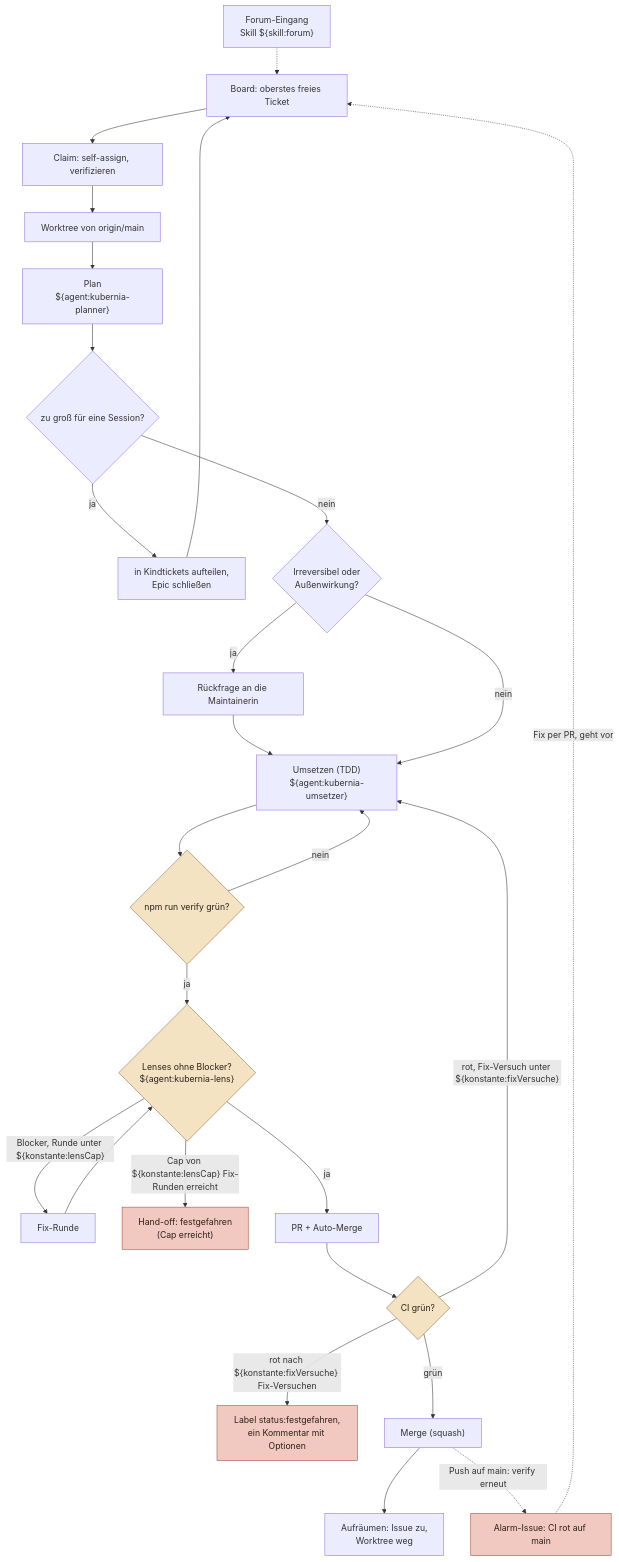
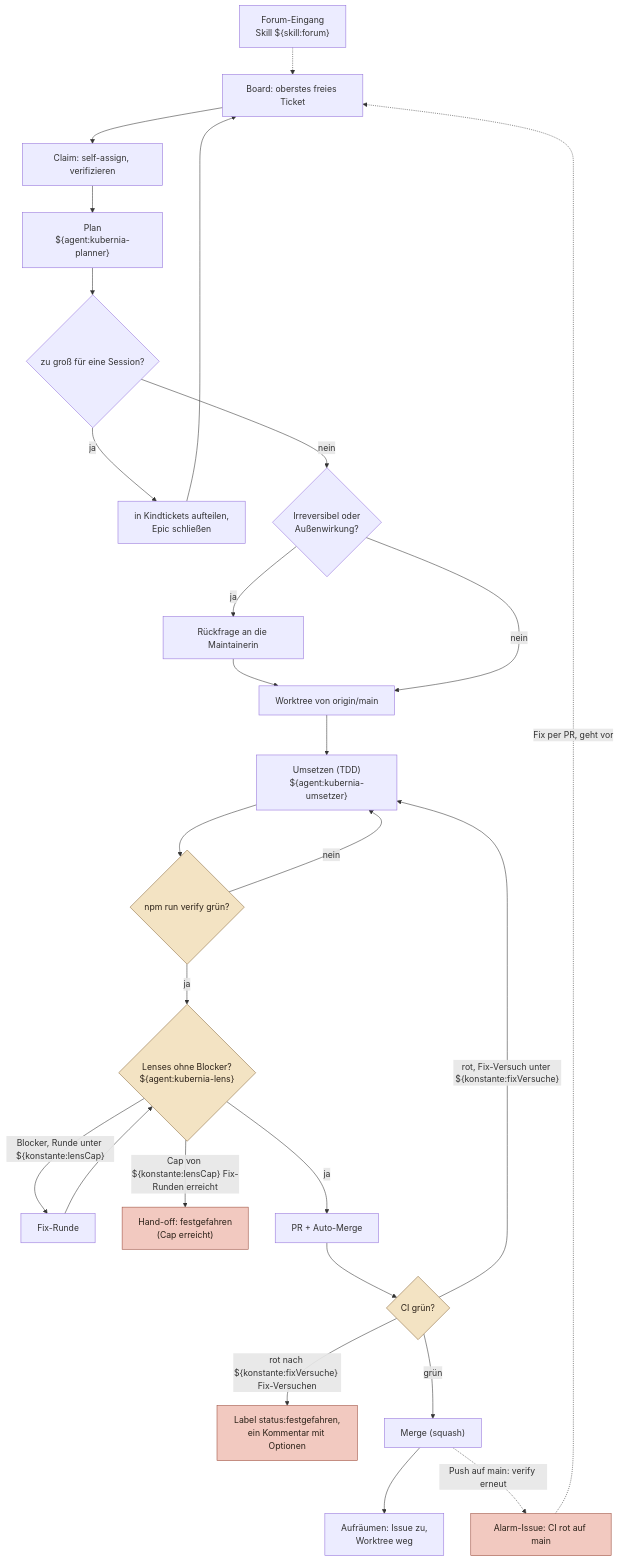
Before and after one commit to fluffels/kubernia: the diagram in docs/diagramme/agenten-ablauf.mmd, drawn with Mermaid. The commit also changed 6 other files, not shown here.

```diff
--- a/docs/diagramme/agenten-ablauf.mmd
+++ b/docs/diagramme/agenten-ablauf.mmd
@@ -1,45 +1,46 @@
 flowchart TD
   board["Board: oberstes freies Ticket"]
   claim["Claim: self-assign, verifizieren"]
   wt["Worktree von origin/main"]
   plan["Plan<br/>${agent:kubernia-planner}"]
   epic{"zu groß für eine Session?"}
   kinder["in Kindtickets aufteilen,<br/>Epic schließen"]
   pre{"Irreversibel oder<br/>Außenwirkung?"}
   frage["Rückfrage an die Maintainerin"]
   umsetzen["Umsetzen (TDD)<br/>${agent:kubernia-umsetzer}"]
   verify{"npm run verify grün?"}
   lenses{"Lenses ohne Blocker?<br/>${agent:kubernia-lens}"}
   fix["Fix-Runde"]
   handoff["Hand-off: festgefahren<br/>(Cap erreicht)"]
   pr["PR + Auto-Merge"]
   ci{"CI grün?"}
   fest["Label status:festgefahren,<br/>ein Kommentar mit Optionen"]
   merge["Merge (squash)"]
   cleanup["Aufräumen: Issue zu,<br/>Worktree weg"]
   alarm["Alarm-Issue: CI rot auf main"]
   forum["Forum-Eingang<br/>Skill ${skill:forum}"]
 
-  board --> claim --> wt --> plan --> epic
+  board --> claim --> plan --> epic
   epic -- ja --> kinder --> board
   epic -- nein --> pre
-  pre -- ja --> frage --> umsetzen
-  pre -- nein --> umsetzen
+  pre -- ja --> frage --> wt
+  pre -- nein --> wt
+  wt --> umsetzen
   umsetzen --> verify
   verify -- nein --> umsetzen
   verify -- ja --> lenses
   lenses -- "Blocker, Runde unter ${konstante:lensCap}" --> fix --> lenses
   lenses -- "Cap von ${konstante:lensCap} Fix-Runden erreicht" --> handoff
   lenses -- ja --> pr
   pr --> ci
   ci -- "rot, Fix-Versuch unter ${konstante:fixVersuche}" --> umsetzen
   ci -- "rot nach ${konstante:fixVersuche} Fix-Versuchen" --> fest
   ci -- grün --> merge --> cleanup
   merge -.->|"Push auf main: verify erneut"| alarm
   alarm -.->|"Fix per PR, geht vor"| board
   forum -.-> board
 
   classDef schleife fill:#f3e3c3,stroke:#8a6a3f,color:#2b2118
   classDef stopp fill:#f2c9c0,stroke:#9a4a3a,color:#2b2118
   class verify,lenses,ci schleife
   class handoff,fest,alarm stopp
```
